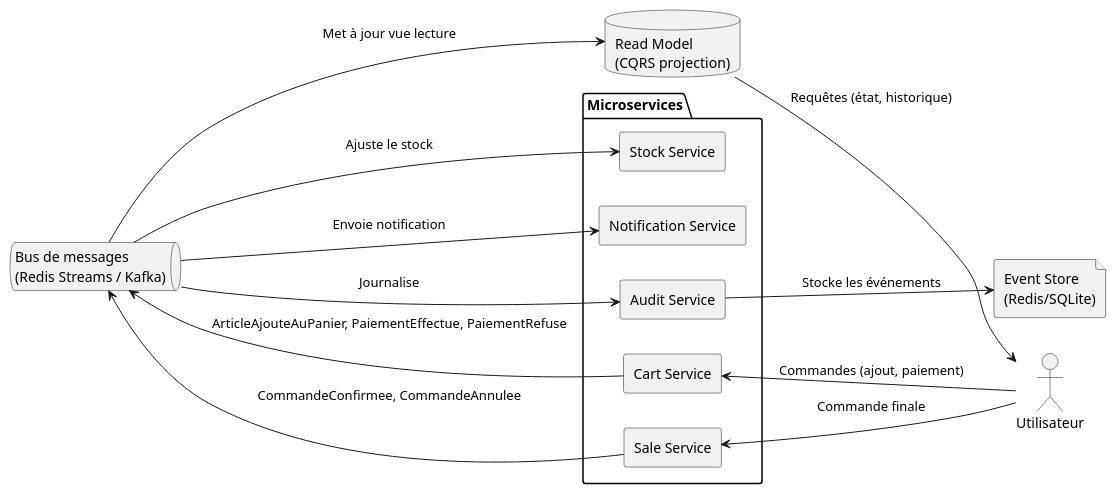
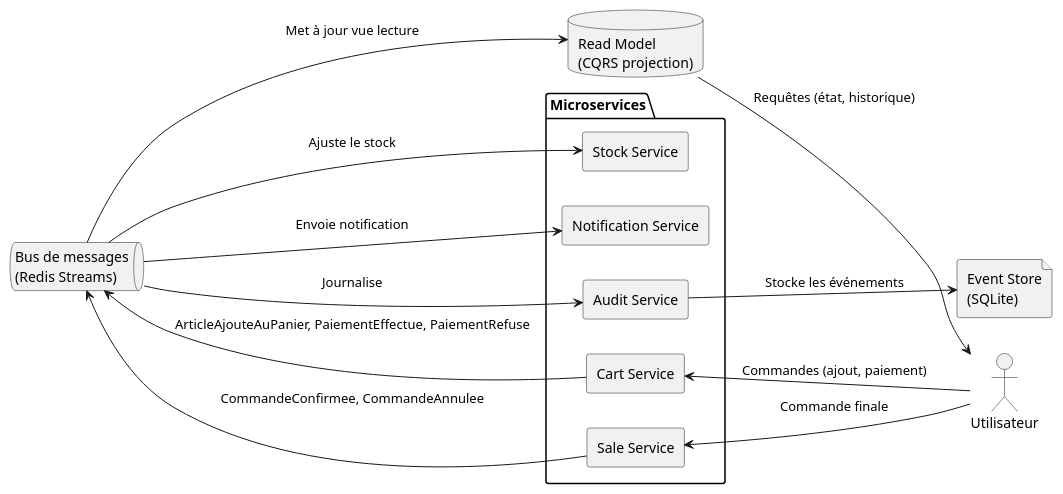
The diagram in docs/UML/lab7/architecture.puml (LawrenceLiang02/LOG430_ETAPE1), drawn with PlantUML before and after one commit. The commit also changed 1 other file, not shown here.

Commit message:
fix architectureÉ

```diff
--- a/docs/UML/lab7/architecture.puml
+++ b/docs/UML/lab7/architecture.puml
@@ -1,34 +1,34 @@
 @startuml
 skinparam componentStyle rectangle
 left to right direction
 
 actor "Utilisateur" as User
 
 package "Microservices" {
     [Cart Service] as Cart
     [Stock Service] as Stock
     [Sale Service] as Sale
     [Notification Service] as Notify
     [Audit Service] as Audit
 }
 
-file "Event Store\n(Redis/SQLite)" as Store
-queue "Bus de messages\n(Redis Streams / Kafka)" as Bus
+file "Event Store\n(SQLite)" as Store
+queue "Bus de messages\n(Redis Streams)" as Bus
 database "Read Model\n(CQRS projection)" as ReadModel
 
 User --> Cart : Commandes (ajout, paiement)
 User --> Sale : Commande finale
 
 Cart --> Bus : ArticleAjouteAuPanier, PaiementEffectue, PaiementRefuse
 Sale --> Bus : CommandeConfirmee, CommandeAnnulee
 
 Bus --> Stock : Ajuste le stock
 Bus --> Notify : Envoie notification
 Bus --> Audit : Journalise
 Bus --> ReadModel : Met à jour vue lecture
 
 Audit --> Store : Stocke les événements
 
 ReadModel --> User : Requêtes (état, historique)
 
 @enduml
```
